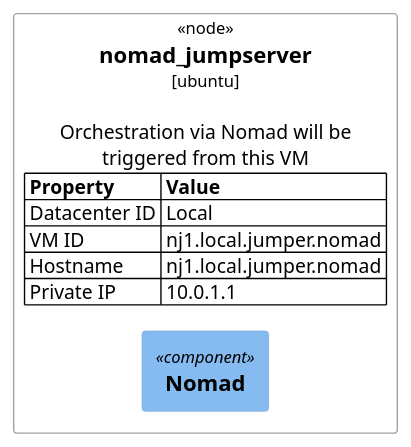
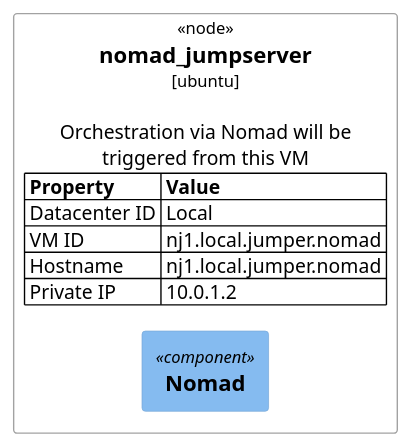
One commit to Trenrod/nomadtest changed the first of 3 diagrams in doc/local_infrastructure.plantuml. Above: the diagram before and after it, drawn with PlantUML. The commit also changed other lines of this file and 5 other files, not shown here.

```diff
--- a/doc/local_infrastructure.plantuml
+++ b/doc/local_infrastructure.plantuml
@@ -1,12 +1,12 @@
 @startuml jumpserver
 !include https://raw.githubusercontent.com/plantuml-stdlib/C4-PlantUML/master/C4_Deployment.puml
 !include https://raw.githubusercontent.com/plantuml-stdlib/C4-PlantUML/master/C4_Component.puml
 
 AddProperty("Datacenter ID", "Local")
 AddProperty("VM ID", "nj1.local.jumper.nomad")
 AddProperty("Hostname", "nj1.local.jumper.nomad")
-AddProperty("Private IP", "10.0.1.1")
+AddProperty("Private IP", "10.0.1.2")
 Node(nomad_jumpserver, nomad_jumpserver, ubuntu, "Orchestration via Nomad will be triggered from this VM") {
     Component(nomad, "Nomad")
 }
 @enduml
```
